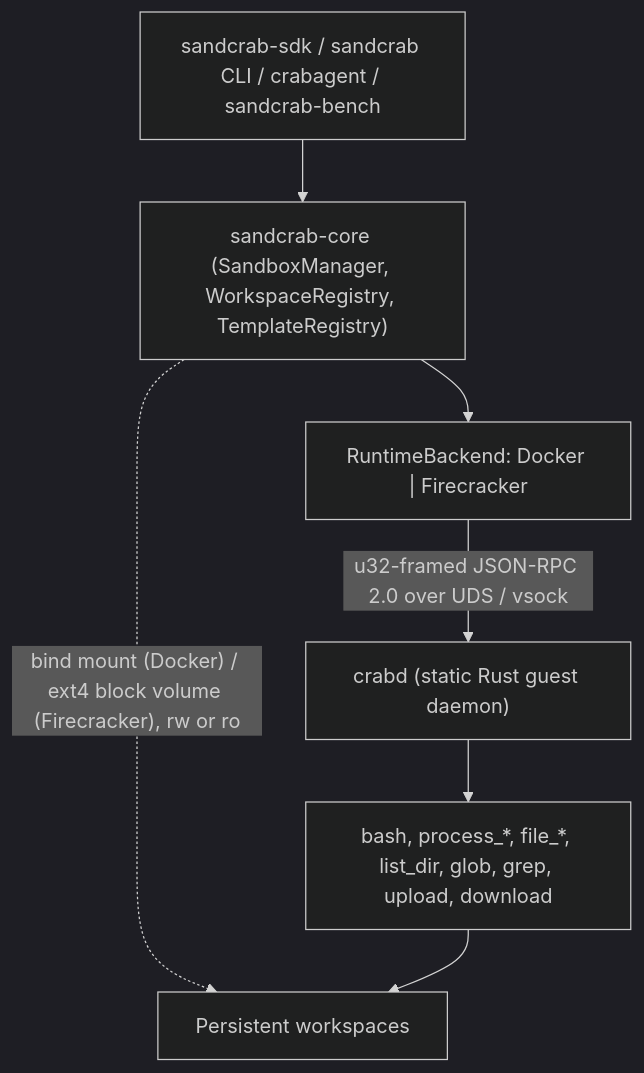
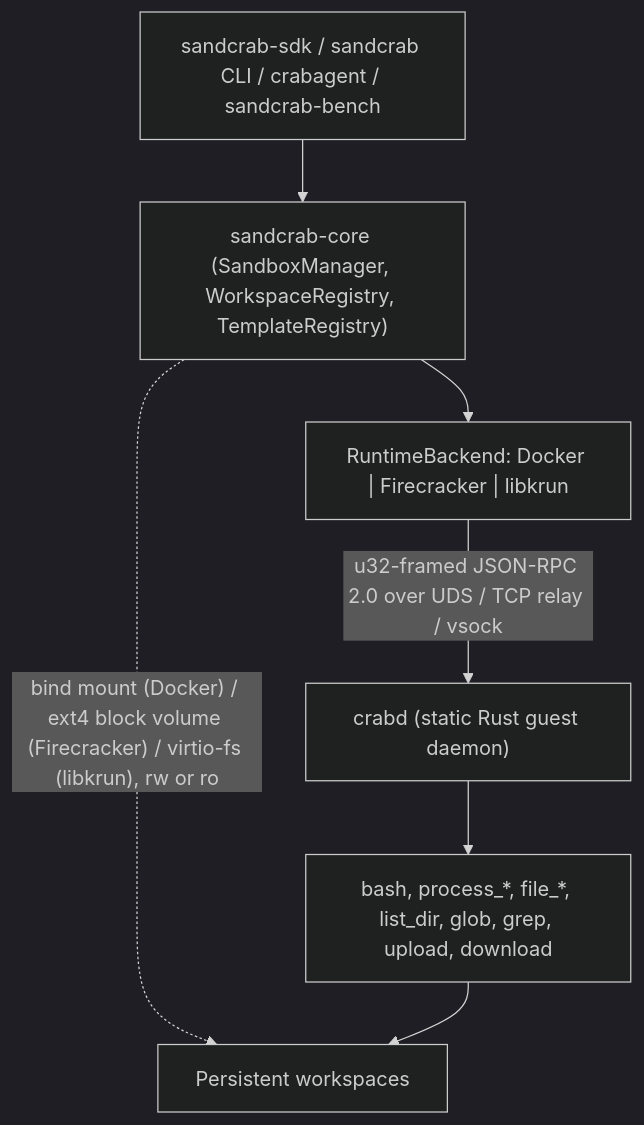
Before and after one commit to polvera-org/sandcrab: the diagram in README.md, drawn with Mermaid (dark theme). The commit also changed other lines of this file, not shown here.

First line of the commit message:
docs(readme): three backends with honest isolation flags, labelled indicative spawn numbers

````diff
--- a/README.md
+++ b/README.md
@@ -171,9 +205,9 @@
 ```mermaid
 flowchart TB
     Callers["sandcrab-sdk / sandcrab CLI / crabagent / sandcrab-bench"] --> Core["sandcrab-core (SandboxManager, WorkspaceRegistry, TemplateRegistry)"]
-    Core --> Backends["RuntimeBackend: Docker | Firecracker"]
-    Backends -- "u32-framed JSON-RPC 2.0 over UDS / vsock" --> Guest["crabd (static Rust guest daemon)"]
+    Core --> Backends["RuntimeBackend: Docker | Firecracker | libkrun"]
+    Backends -- "u32-framed JSON-RPC 2.0 over UDS / TCP relay / vsock" --> Guest["crabd (static Rust guest daemon)"]
     Guest --> Tools["bash, process_*, file_*, list_dir, glob, grep, upload, download"]
-    Core -. "bind mount (Docker) / ext4 block volume (Firecracker), rw or ro" .-> WS["Persistent workspaces"]
+    Core -. "bind mount (Docker) / ext4 block volume (Firecracker) / virtio-fs (libkrun), rw or ro" .-> WS["Persistent workspaces"]
     Tools --> WS
 ```
````
